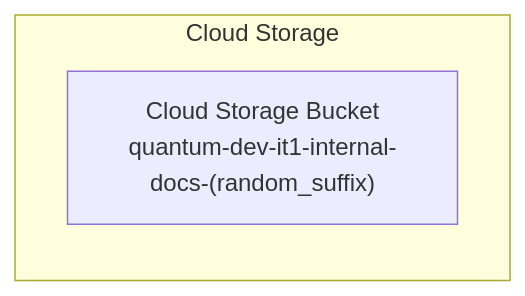
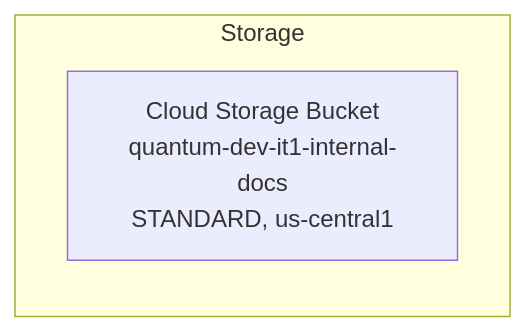
The diagram in stacks/it-1/architecture.mmd (manubabugenai/neo-terraform-output), drawn with Mermaid before and after one commit.

Commit message:
Add architecture diagram for it-1

```diff
--- a/stacks/it-1/architecture.mmd
+++ b/stacks/it-1/architecture.mmd
@@ -1,4 +1,4 @@
 flowchart LR
-    subgraph Storage["Cloud Storage"]
-        Bucket["Cloud Storage Bucket<br/>quantum-dev-it1-internal-docs-(random_suffix)"]
+    subgraph Storage
+        Bucket["Cloud Storage Bucket<br/>quantum-dev-it1-internal-docs<br/>STANDARD, us-central1"]
     end
```
